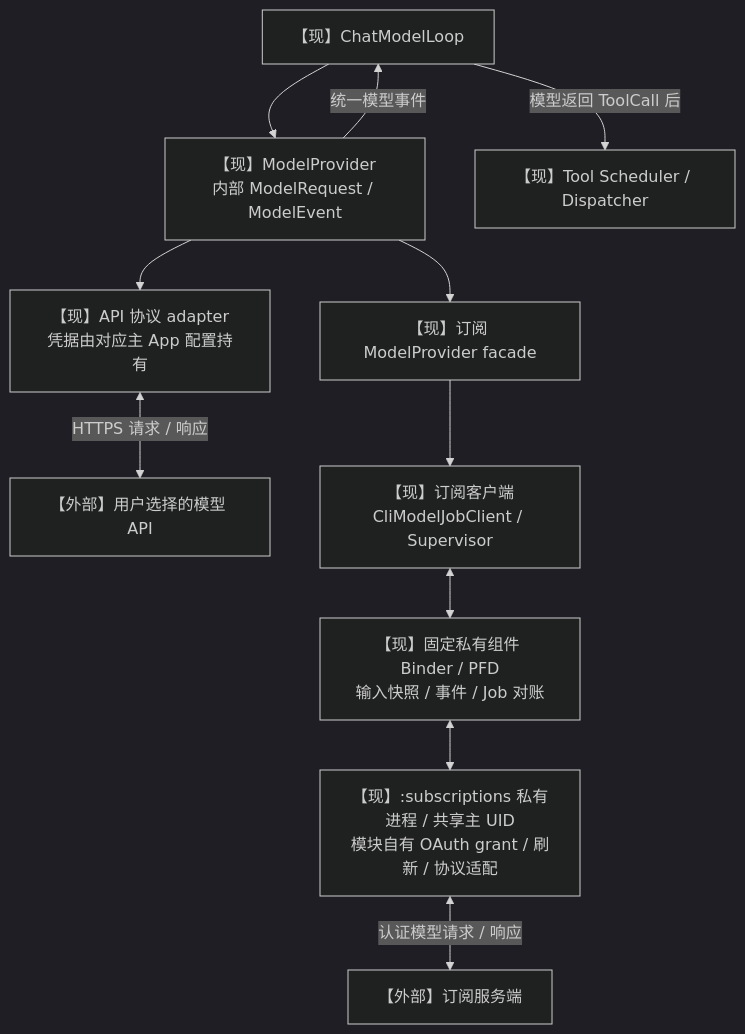
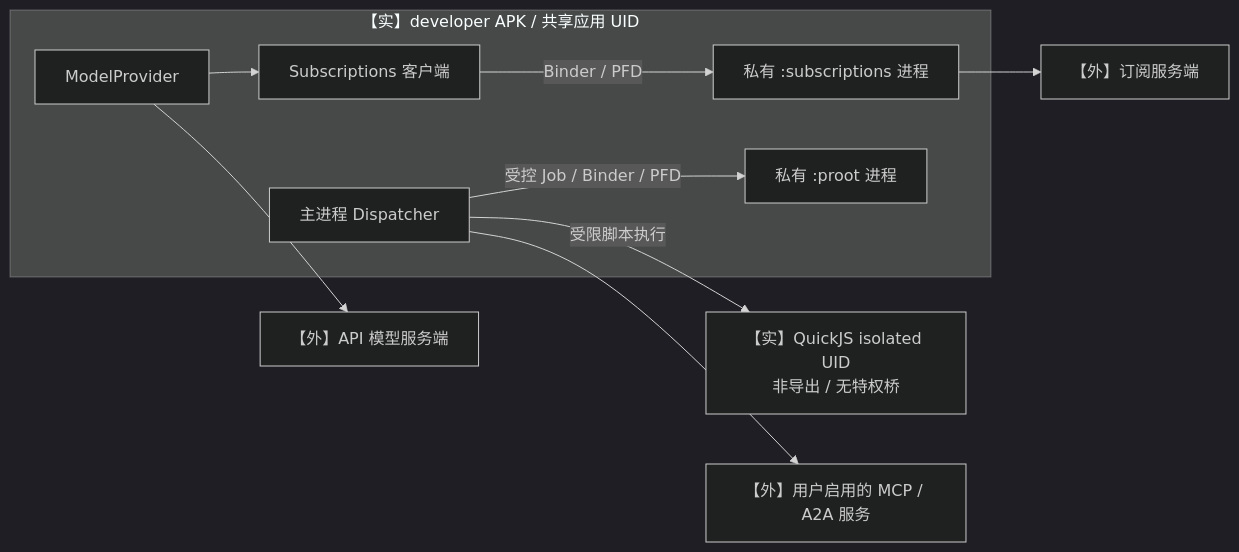
One commit to dollarser/helix-agent changed the fifth of 11 diagrams in docs/research/helix-mermaid-architecture-diagrams.md. Above: the diagram before and after it, drawn with Mermaid (dark theme). The commit also changed other lines of this file and 1 other file, not shown here.

Commit message:
docs: align research and architecture diagrams with current decisions

````diff
--- a/docs/research/helix-mermaid-architecture-diagrams.md
+++ b/docs/research/helix-mermaid-architecture-diagrams.md
@@ -194,24 +114,17 @@
 ```mermaid
-flowchart TB
-    LOOP["【现】ChatModelLoop"]
-    PORT["【现】ModelProvider<br/>内部 ModelRequest / ModelEvent"]
-    API["【现】API 协议 adapter<br/>凭据由对应主 App 配置持有"]
-    SERVER["【外部】用户选择的模型 API"]
-    SUB["【现】订阅 ModelProvider facade"]
-    CLIENT["【现】订阅客户端<br/>CliModelJobClient / Supervisor"]
-    IPC["【现】固定私有组件 Binder / PFD<br/>输入快照 / 事件 / Job 对账"]
-    UID["【现】:subscriptions 私有进程 / 共享主 UID<br/>模块自有 OAuth grant / 刷新 / 协议适配"]
-    REMOTE["【外部】订阅服务端"]
-    DISPATCH["【现】Tool Scheduler / Dispatcher"]
-
-    LOOP --> PORT
-    PORT --> API
-    API <-->|"HTTPS 请求 / 响应"| SERVER
-    PORT --> SUB
-    SUB --> CLIENT
-    CLIENT <--> IPC
-    IPC <--> UID
-    UID <-->|"认证模型请求 / 响应"| REMOTE
-    PORT -->|"统一模型事件"| LOOP
-    LOOP -->|"模型返回 ToolCall 后"| DISPATCH
+flowchart LR
+    subgraph SHARED["【实】developer APK / 共享应用 UID"]
+        DISPATCH["主进程 Dispatcher"]
+        PROVIDER["ModelProvider"]
+        CLIENT["Subscriptions 客户端"]
+        SUB["私有 :subscriptions 进程"]
+        PROOT["私有 :proot 进程"]
+        DISPATCH -->|"受控 Job / Binder / PFD"| PROOT
+        PROVIDER --> CLIENT
+        CLIENT -->|"Binder / PFD"| SUB
+    end
+    DISPATCH -->|"受限脚本执行"| JS["【实】QuickJS isolated UID<br/>非导出 / 无特权桥"]
+    SUB --> SERVER["【外】订阅服务端"]
+    PROVIDER --> API["【外】API 模型服务端"]
+    DISPATCH --> MCP["【外】用户启用的 MCP / A2A 服务"]
 ```
````
